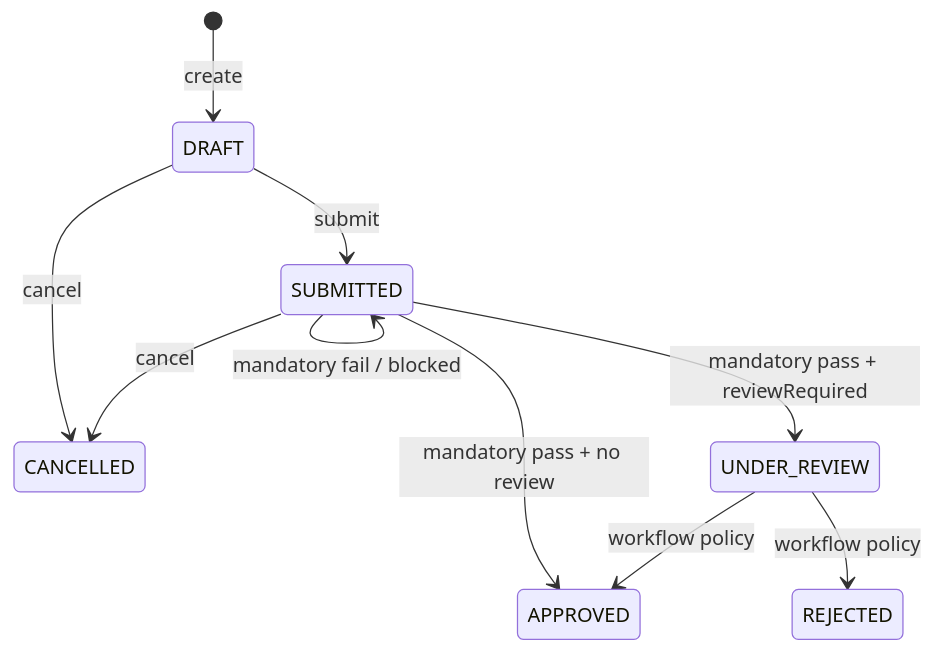
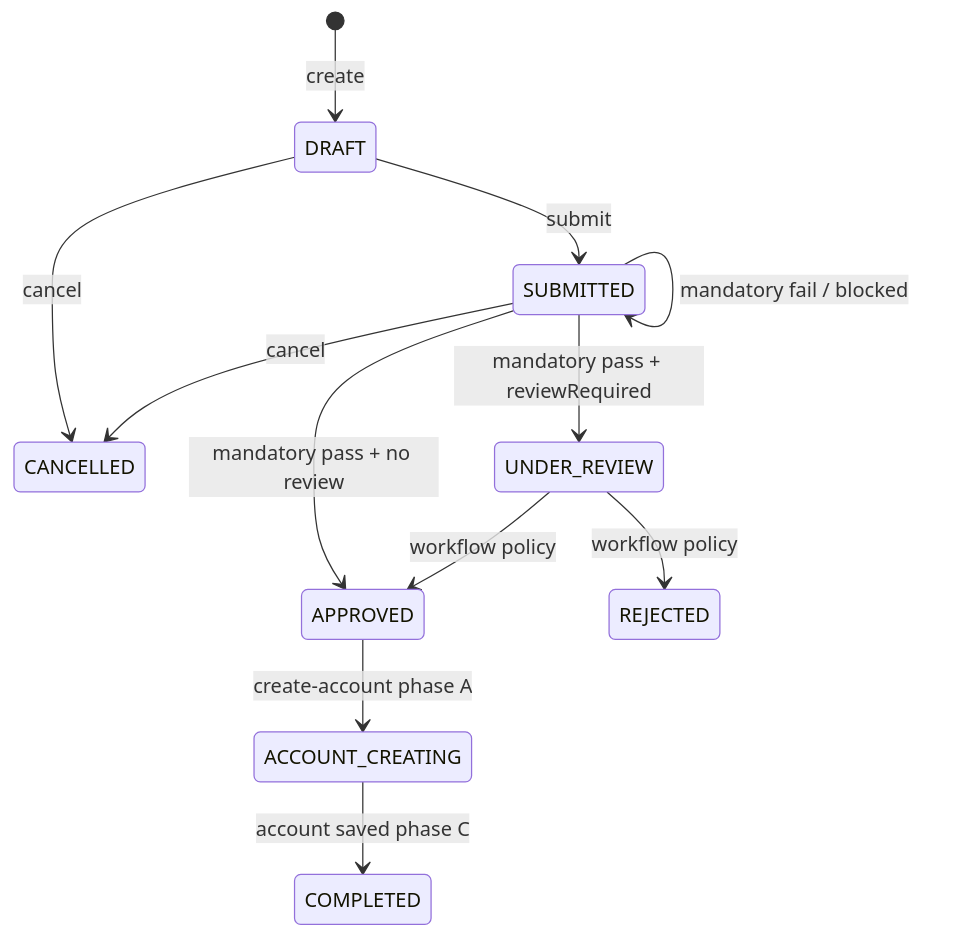
The second of 2 diagrams in docs/workflow-design.md (Mikokoomi/digital-account-opening), drawn with Mermaid before and after one commit. The commit also changed other lines of this file and 30 other files, not shown here.

````diff
--- a/docs/workflow-design.md
+++ b/docs/workflow-design.md
@@ -41,12 +42,14 @@
 ```mermaid
 stateDiagram-v2
     [*] --> DRAFT: create
     DRAFT --> SUBMITTED: submit
     DRAFT --> CANCELLED: cancel
     SUBMITTED --> CANCELLED: cancel
     SUBMITTED --> SUBMITTED: mandatory fail / blocked
     SUBMITTED --> APPROVED: mandatory pass + no review
     SUBMITTED --> UNDER_REVIEW: mandatory pass + reviewRequired
     UNDER_REVIEW --> APPROVED: workflow policy
     UNDER_REVIEW --> REJECTED: workflow policy
+    APPROVED --> ACCOUNT_CREATING: create-account phase A
+    ACCOUNT_CREATING --> COMPLETED: account saved phase C
 ```
````
